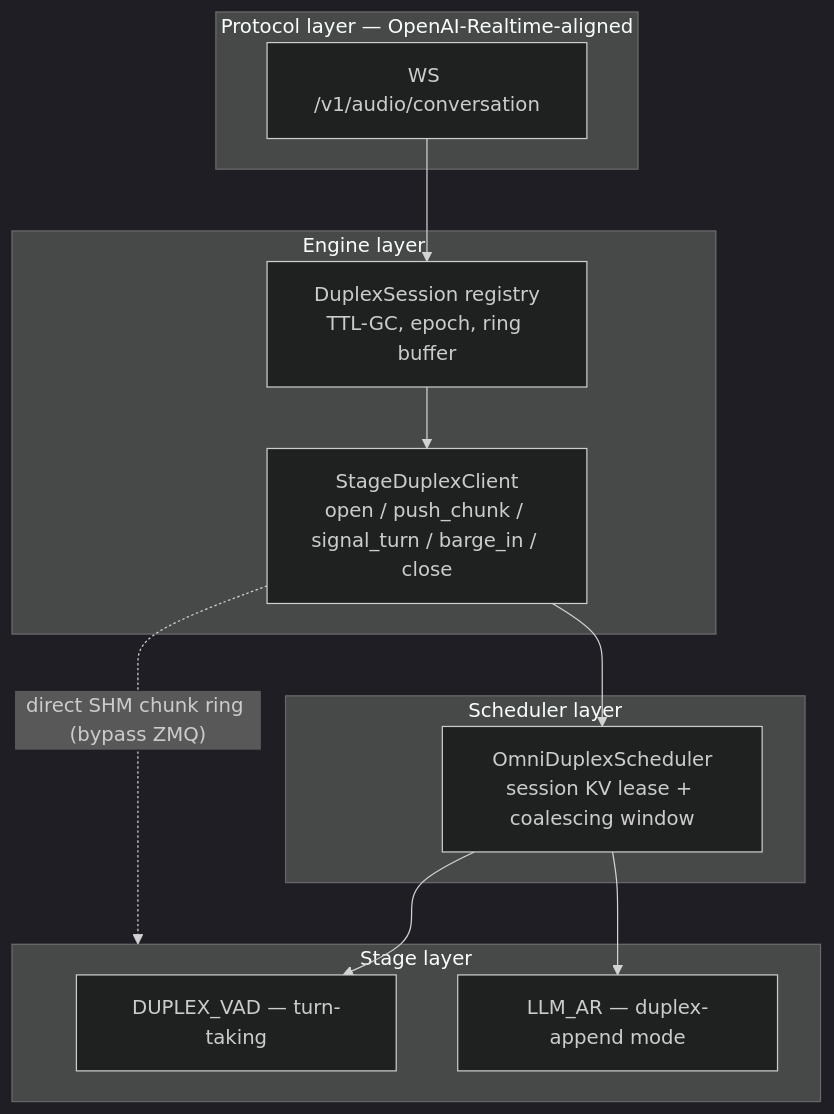
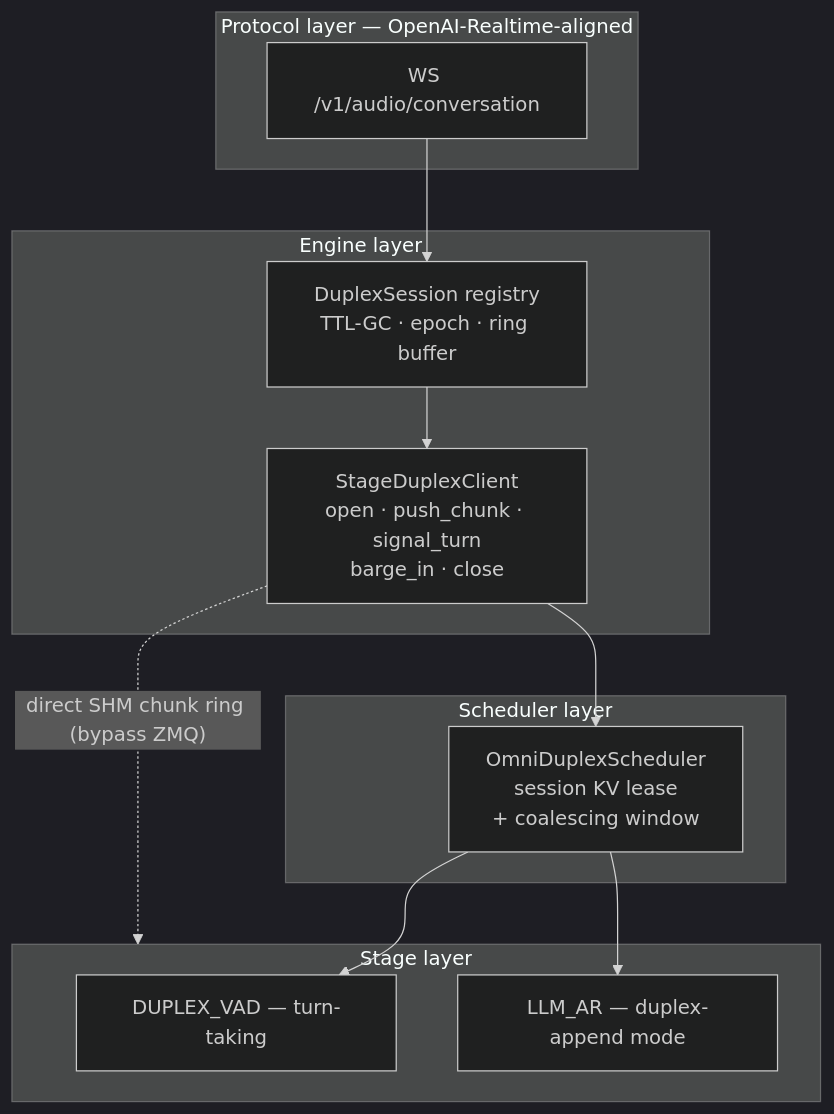
One commit to lishunyang12/lishunyang12.github.io changed the fifth of 11 diagrams in content/blog/full-duplex-session.md. Above: the diagram before and after it, drawn with Mermaid (dark theme).

Commit message:
blog: wrap wide node labels so box text stops clipping

````diff
--- a/content/blog/full-duplex-session.md
+++ b/content/blog/full-duplex-session.md
@@ -156,20 +156,20 @@
 ```mermaid
 flowchart TB
     subgraph API["Protocol layer — OpenAI-Realtime-aligned"]
         WS["WS /v1/audio/conversation"]
     end
     subgraph ENG["Engine layer"]
-        DS["DuplexSession registry<br/>TTL-GC, epoch, ring buffer"]
-        SDC["StageDuplexClient<br/>open / push_chunk / signal_turn / barge_in / close"]
+        DS["DuplexSession registry<br/>TTL-GC · epoch · ring buffer"]
+        SDC["StageDuplexClient<br/>open · push_chunk · signal_turn<br/>barge_in · close"]
     end
     subgraph SCHED["Scheduler layer"]
-        DSCH["OmniDuplexScheduler<br/>session KV lease + coalescing window"]
+        DSCH["OmniDuplexScheduler<br/>session KV lease<br/>+ coalescing window"]
     end
     subgraph STAGE["Stage layer"]
         DV["DUPLEX_VAD — turn-taking"]
         AR["LLM_AR — duplex-append mode"]
     end
     WS --> DS --> SDC --> DSCH --> DV
     DSCH --> AR
     SDC -. "direct SHM chunk ring (bypass ZMQ)" .-> STAGE
 ```
````
